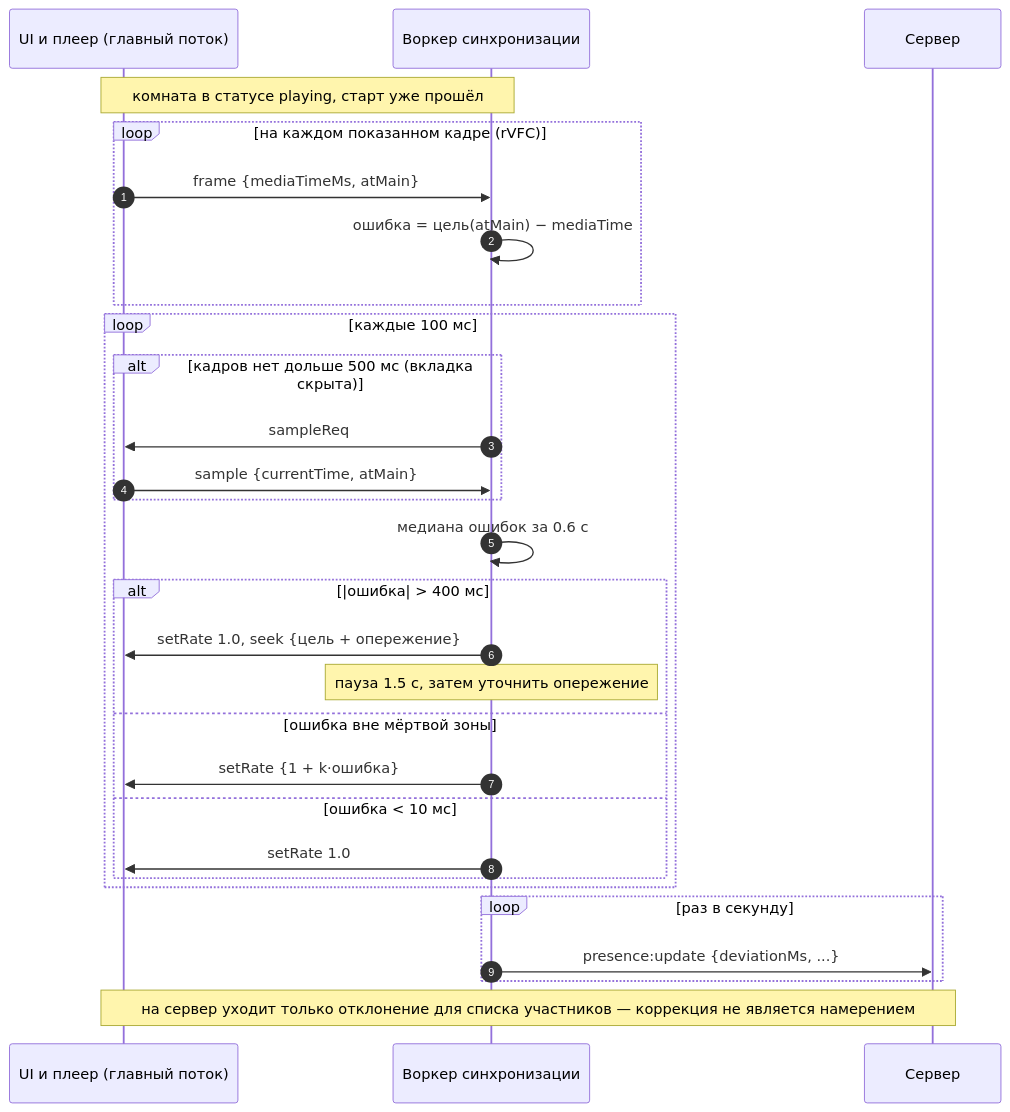
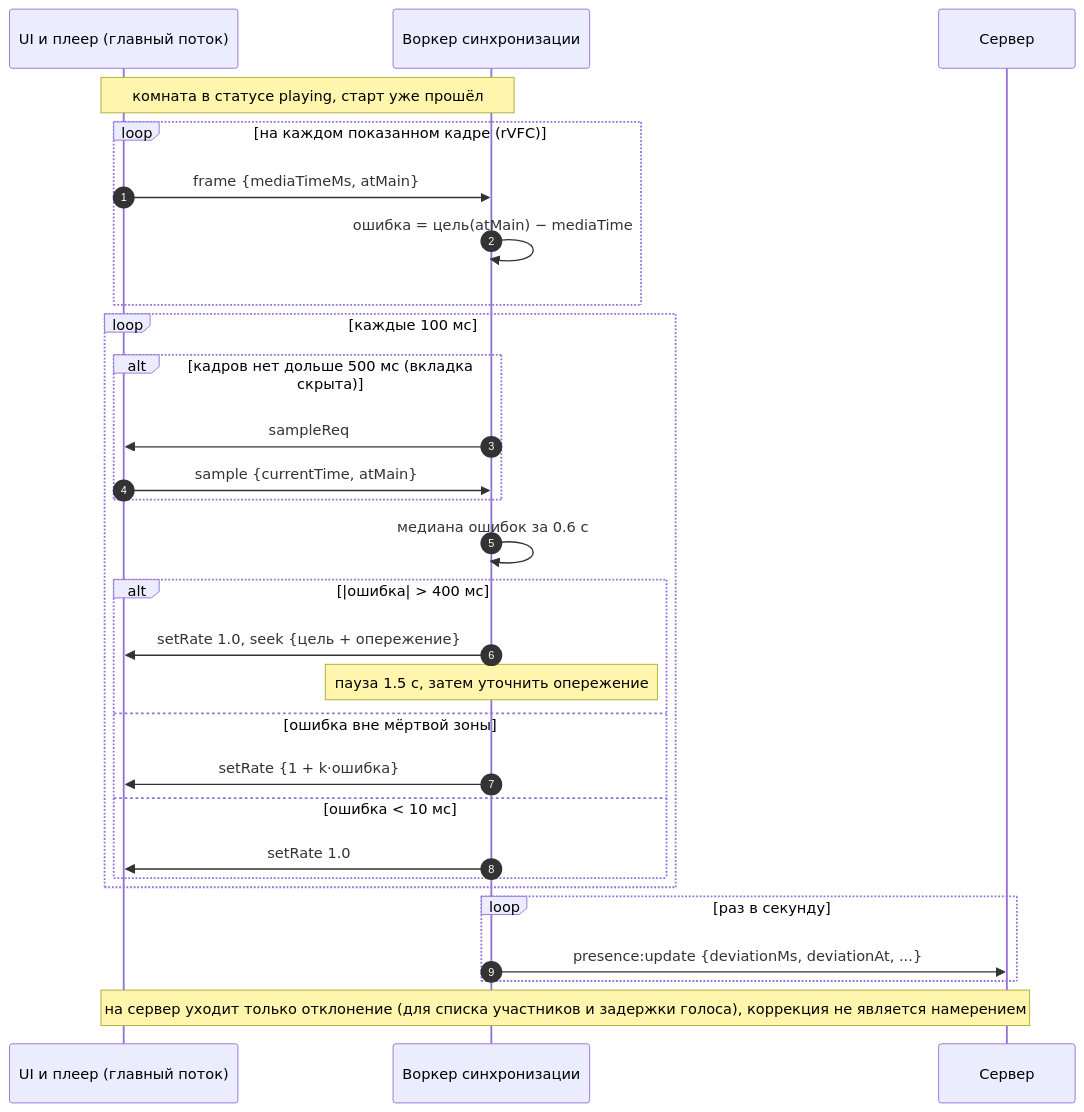
Before and after one commit to trybenon/web-dev: the diagram in docs/sync-drift.md, drawn with Mermaid. The commit also changed other lines of this file and 6 other files, not shown here.

````diff
--- a/docs/sync-drift.md
+++ b/docs/sync-drift.md
@@ -17,36 +17,36 @@
 ```mermaid
 sequenceDiagram
     autonumber
     participant M as UI и плеер (главный поток)
     participant W as Воркер синхронизации
     participant S as Сервер
 
     Note over M,W: комната в статусе playing, старт уже прошёл
 
     loop на каждом показанном кадре (rVFC)
         M->>W: frame {mediaTimeMs, atMain}
         W->>W: ошибка = цель(atMain) − mediaTime
     end
 
     loop каждые 100 мс
         alt кадров нет дольше 500 мс (вкладка скрыта)
             W->>M: sampleReq
             M->>W: sample {currentTime, atMain}
         end
         W->>W: медиана ошибок за 0.6 с
         alt |ошибка| > 400 мс
             W->>M: setRate 1.0, seek {цель + опережение}
             Note over W: пауза 1.5 с, затем уточнить опережение
         else ошибка вне мёртвой зоны
             W->>M: setRate {1 + k·ошибка}
         else ошибка < 10 мс
             W->>M: setRate 1.0
         end
     end
 
     loop раз в секунду
-        W->>S: presence:update {deviationMs, ...}
+        W->>S: presence:update {deviationMs, deviationAt, ...}
     end
 
-    Note over M,S: на сервер уходит только отклонение для списка участников — коррекция не является намерением
+    Note over M,S: на сервер уходит только отклонение (для списка участников и задержки голоса), коррекция не является намерением
 ```
````
